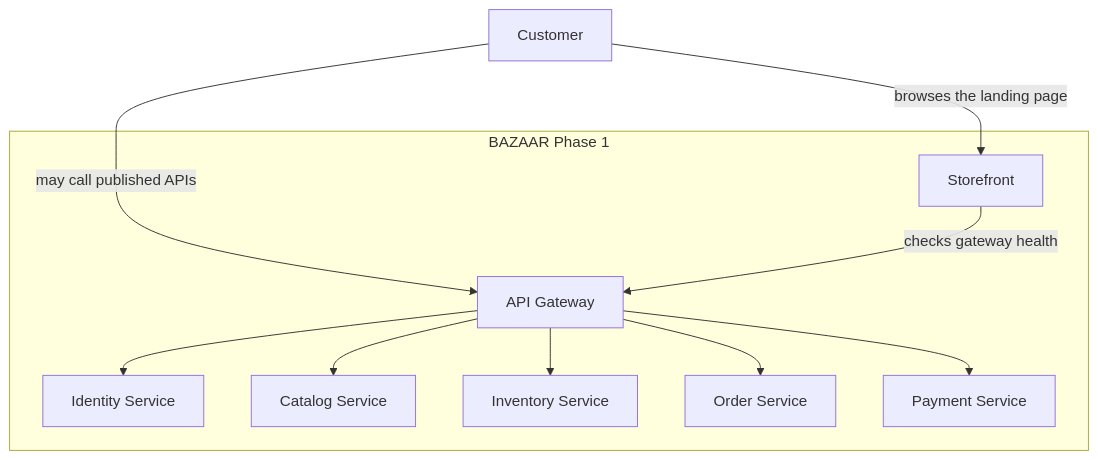
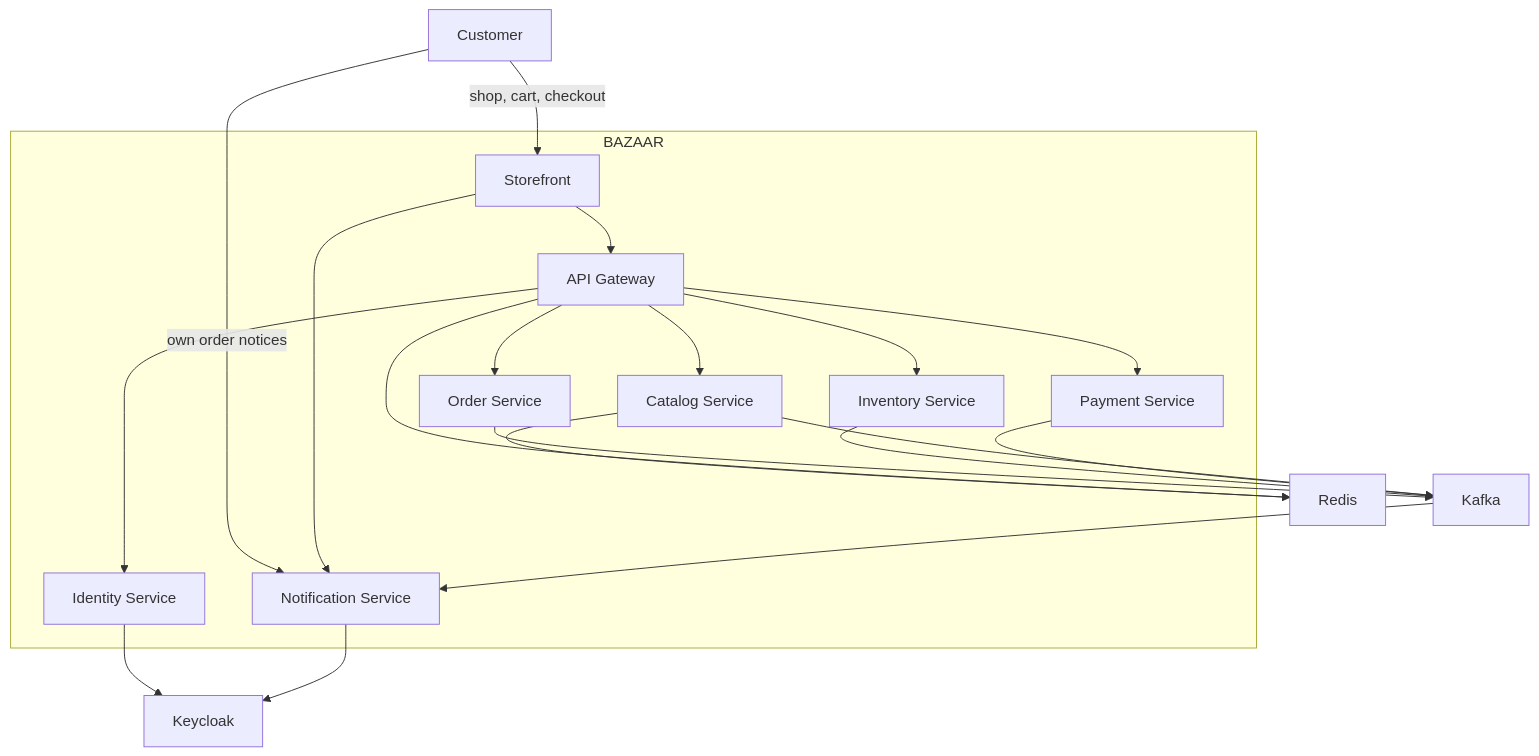
One commit to lecongnhat247/bazaar changed the diagram in docs/architecture/system-context.md. Above: the diagram before and after it, drawn with Mermaid. The commit also changed other lines of this file and 3 other files, not shown here.

Commit message:
Record the verified Phase 3 stack in the architecture diagrams, including the notification socket, Kafka, Redis, and the dead-letter path.

````diff
--- a/docs/architecture/system-context.md
+++ b/docs/architecture/system-context.md
@@ -5,23 +5,38 @@
 ```mermaid
 flowchart TB
   customer[Customer]
 
-  subgraph bazaar [BAZAAR Phase 1]
+  subgraph bazaar [BAZAAR]
     storefront[Storefront]
     gateway[API Gateway]
     identity[Identity Service]
     catalog[Catalog Service]
     inventory[Inventory Service]
     orders[Order Service]
     payments[Payment Service]
+    notify[Notification Service]
   end
 
-  customer -->|browses the landing page| storefront
-  customer -->|may call published APIs| gateway
-  storefront -->|checks gateway health| gateway
+  keycloak[Keycloak]
+  kafka[Kafka]
+  redis[Redis]
+
+  customer -->|shop, cart, checkout| storefront
+  customer -->|own order notices| notify
+  storefront --> gateway
+  storefront --> notify
   gateway --> identity
   gateway --> catalog
   gateway --> inventory
   gateway --> orders
   gateway --> payments
+  orders --> kafka
+  inventory --> kafka
+  payments --> kafka
+  catalog --> kafka
+  kafka --> notify
+  catalog --> redis
+  gateway --> redis
+  identity --> keycloak
+  notify --> keycloak
 ```
````
